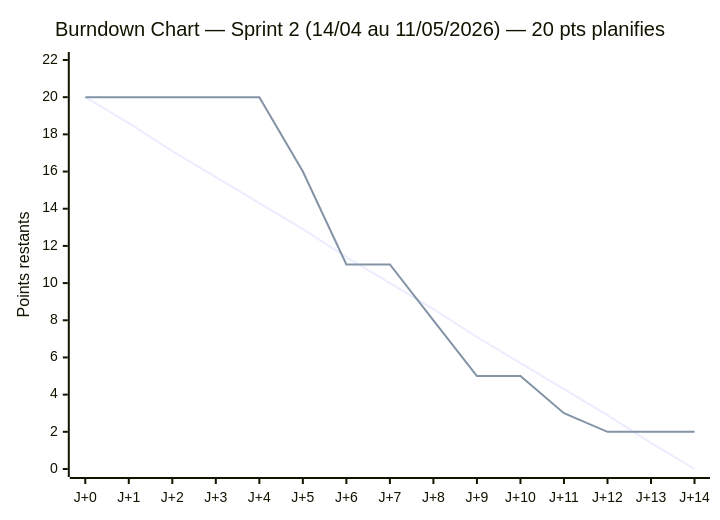
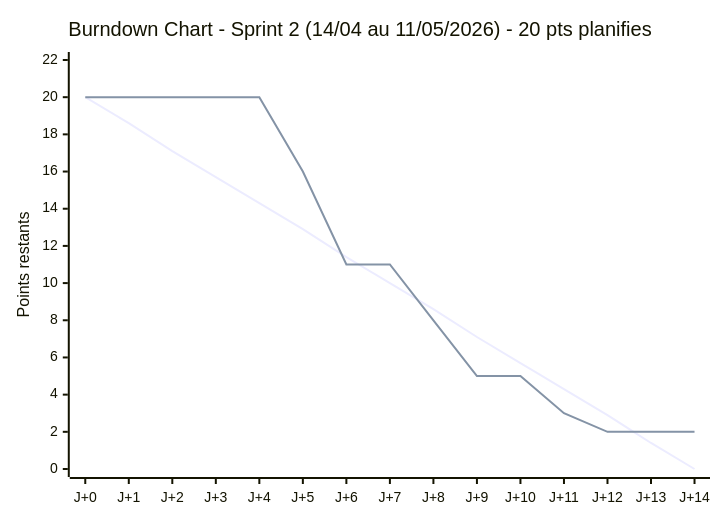
One commit to POWLAIR/management-projet-numerique changed diagram 12 of 12 in docs md/Dossier_Projet_B2B_FINAL.md. Above: the diagram before and after it, drawn with Mermaid. The commit also changed other lines of this file, not shown here.

````diff
--- a/docs md/Dossier_Projet_B2B_FINAL.md
+++ b/docs md/Dossier_Projet_B2B_FINAL.md
@@ -861,8 +861,8 @@
 ```mermaid
 xychart-beta
-    title "Burndown Chart — Sprint 2 (14/04 au 11/05/2026) — 20 pts planifies"
+    title "Burndown Chart - Sprint 2 (14/04 au 11/05/2026) - 20 pts planifies"
     x-axis ["J+0", "J+1", "J+2", "J+3", "J+4", "J+5", "J+6", "J+7", "J+8", "J+9", "J+10", "J+11", "J+12", "J+13", "J+14"]
     y-axis "Points restants" 0 --> 22
     line [20, 18.6, 17.1, 15.7, 14.3, 12.9, 11.4, 10.0, 8.6, 7.1, 5.7, 4.3, 2.9, 1.4, 0]
     line [20, 20, 20, 20, 20, 16, 11, 11, 8, 5, 5, 3, 2, 2, 2]
 ```
````
